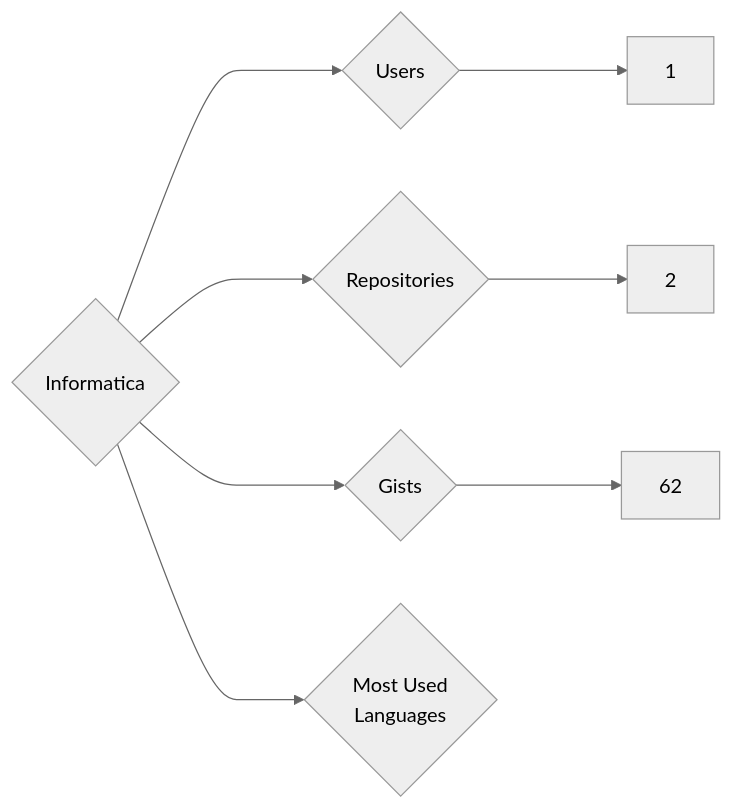
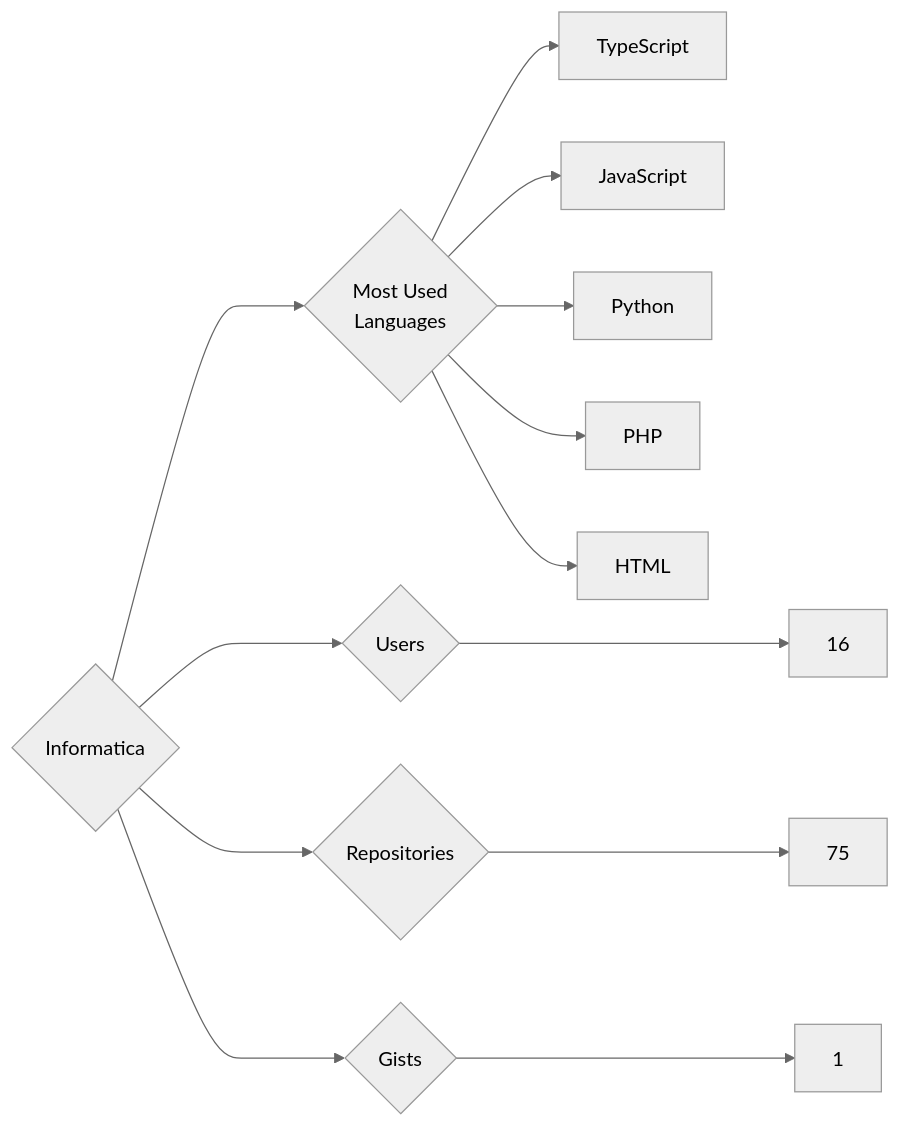
One commit to trickest/insiders changed the diagram in targets/Informatica/README.md. Above: the diagram before and after it, drawn with Mermaid (neutral theme). The commit also changed 826 other files, not shown here.

````diff
--- a/targets/Informatica/README.md
+++ b/targets/Informatica/README.md
@@ -3,8 +3,13 @@
 ```mermaid
 graph LR
 COMPANY_NAME{Informatica}
-COMPANY_NAME ---> U{Users} ---> UN[1]
-COMPANY_NAME ---> R{Repositories} ---> RN[2]
-COMPANY_NAME ---> G{Gists} ---> GN[62]
+COMPANY_NAME ---> U{Users} ---> UN[16]
+COMPANY_NAME ---> R{Repositories} ---> RN[75]
+COMPANY_NAME ---> G{Gists} ---> GN[1]
 COMPANY_NAME ---> ML{Most Used<br>Languages}
+ML --> TypeScript[TypeScript]
+ML --> JavaScript[JavaScript]
+ML --> Python[Python]
+ML --> PHP[PHP]
+ML --> HTML[HTML]
 ```
````
